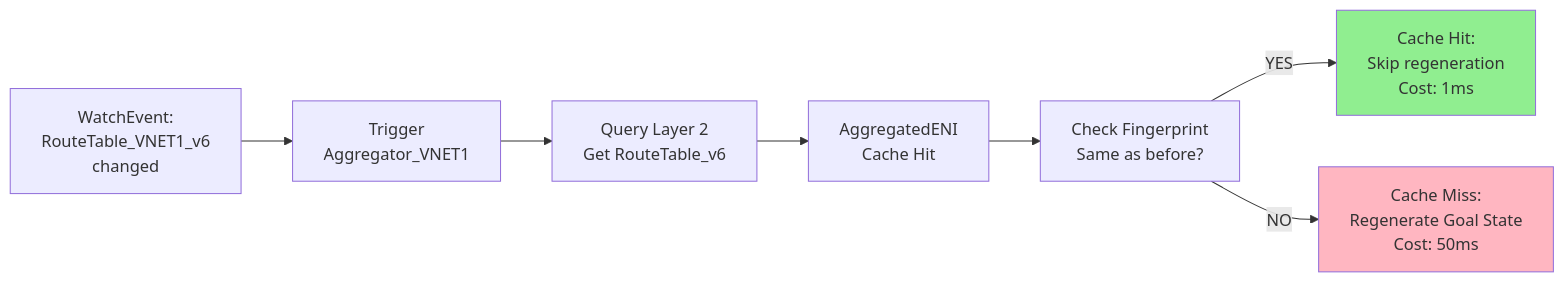
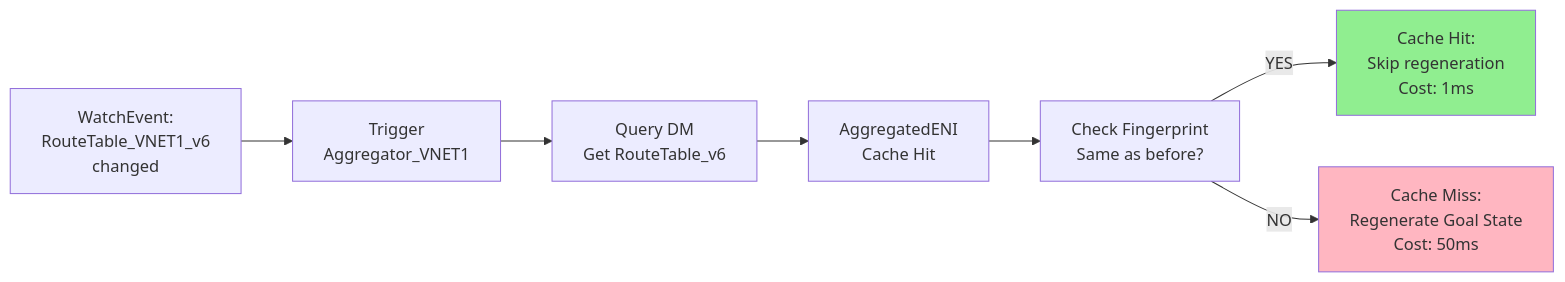
Before and after one commit to rashmirrout/DashFabric: the second of 9 diagrams in docs/FM-Designs/FM_DESIGN_LAYER3_SOUTHBOUND_SUPER_ENHANCED.md, drawn with Mermaid. The commit also changed other lines of this file and 32 other files, not shown here.

````diff
--- a/docs/FM-Designs/FM_DESIGN_LAYER3_SOUTHBOUND_SUPER_ENHANCED.md
+++ b/docs/FM-Designs/FM_DESIGN_LAYER3_SOUTHBOUND_SUPER_ENHANCED.md
@@ -104,26 +104,26 @@
 ```mermaid
 graph LR
     A["WatchEvent:<br/>RouteTable_VNET1_v6<br/>changed"] 
     
     B["Trigger<br/>Aggregator_VNET1"]
     
-    C["Query Layer 2<br/>Get RouteTable_v6"]
+    C["Query DM<br/>Get RouteTable_v6"]
     
     D["AggregatedENI<br/>Cache Hit"]
     
     E["Check Fingerprint<br/>Same as before?"]
     
     F["Cache Hit:<br/>Skip regeneration<br/>Cost: 1ms"]
     
     G["Cache Miss:<br/>Regenerate Goal State<br/>Cost: 50ms"]
     
     A --> B
     B --> C
     C --> D
     D --> E
     E -->|"YES"| F
     E -->|"NO"| G
     
     style F fill:#90EE90
     style G fill:#FFB6C1
 ```
````
